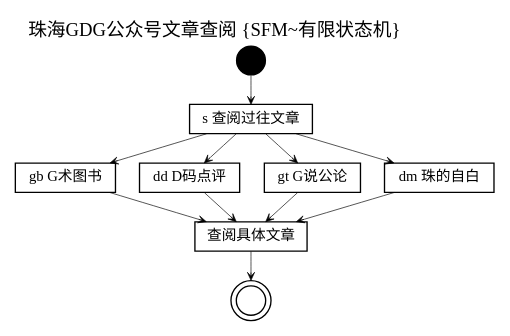
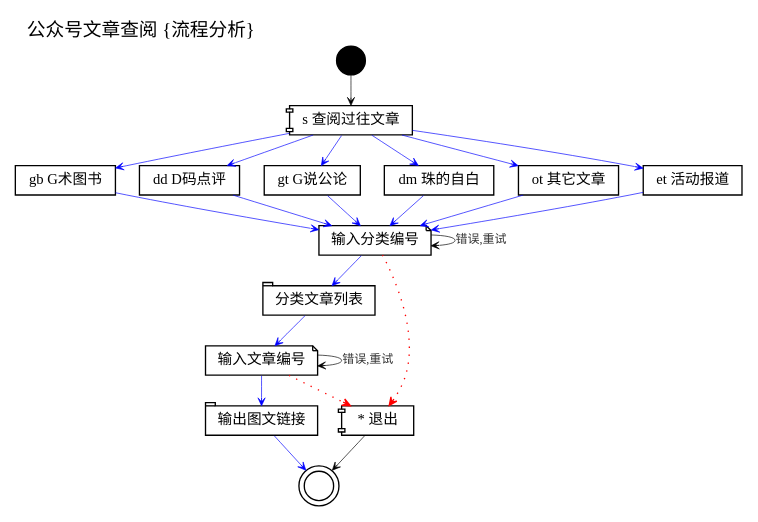
The diagram in static/map/gdg_seek_words.dot (ZHGDG/techparty), drawn with Graphviz before and after one commit. The commit also changed 10 other files, not shown here.

```diff
--- a/static/map/gdg_seek_words.dot
+++ b/static/map/gdg_seek_words.dot
@@ -1,87 +1,95 @@
     /*生成命令:
 $ dot -Tpng gdg_seek_words.dot -o gdg_seek_words.png
  -Tcmapx -o lb-crx-roles.map
 
     全局设定
     plaintext
 {{{#!GraphViz dot
     */
 
 digraph G4gdg_seek_words {
     /*全局设定*/
-    graph [label="珠海GDG公众号文章查阅 {SFM~有限状态机}"
+    graph [label="公众号文章查阅 {流程分析}"
         ,fontsize=14.0
         ,fontname="WenQuanYi Micro Hei"
         ,labeljust="l",labelloc="t",center=1
         ,ranksep=0.3,center=1,ratio=compress
         ,rankdir=TB
         ];
 
     node[fontsize=11.0,height=0.3
         ,fontname="WenQuanYi Micro Hei"
         ,shape=component 
         ];
 
     edge [fontsize=9.0,fontcolor="#333333"
         ,fontname="WenQuanYi Micro Hei"
         ,arrowsize=0.6,arrowhead=vee,arrowtail=none
         ,style="setlinewidth(0.5)"
         ];
 /*
     src [label="源码",shape=ellipse,style="filled,dashed,setlinewidth(5)"
         ,color="#333333",fillcolor=dimgray
         ,URL="http://code.google.com/p/zoomquiet/source/browse/dot/obp/csdndr1-km.dot?repo=tangle"];
     /*图元声明
     start       [label="流程开始/结束",shape=point];
     end         [label="",shape=doublecircle,fillcolor=red];
 
     box         [label="实体/对象",shape=box];
     ellipse     [label="行动/节点",shape=ellipse];
     egg         [label="用户/人物",shape=egg];
     plaintext   [label="状态/属性",shape=plaintext,fillcolor=whitesmoke];
     diamond     [label="判别",shape=diamond];
     note        [label="注释",shape=note];
     tab         [label="目录/模块",shape=tab];
     db          [label="数据库",shape=box3d];
     component   [label="主机/组件",shape=component];
   ,style="rounded,dotted"];
 */
 
     start       [label="流程开始/结束",shape=point];
     end         [label="",shape=doublecircle,fillcolor=red];
 
 
-    SEEK [label="s 查阅过往文章",shape=box];
+    SEEK [label="s 查阅过往文章",shape=component];
         GB [label="gb G术图书",shape=box];
         DD [label="dd D码点评",shape=box];
         GT [label="gt G说公论",shape=box];
         DM [label="dm 珠的自白",shape=box];
-            NO [label="查阅具体文章",shape=box];
-    
+        OT [label="ot 其它文章",shape=box];
+        ET [label="et 活动报道",shape=box];
+            TAG [label="输入分类编号",shape=note];
+            PLI [label="分类文章列表",shape=tab];
+            PID [label="输入文章编号",shape=note];
+            EXP [label="输出图文链接",shape=tab];
+    OUT [label="* 退出",shape=component];
 
     /*图例关系
     srvPUB->installer [label="2.0",style="dotted"];
     */
 
     start->SEEK;
-        SEEK->{GB DD GT DM}->NO;
-            NO->end;
+        SEEK->{GB DD GT DM OT ET}->TAG->PLI->PID->EXP->end [color=blue];
+        TAG->TAG [label="错误,重试"];
+        PID->PID [label="错误,重试"];
 
+        {TAG PID}->OUT [color=red,style="dotted"];
+        OUT->end;
 
 /*
     { rank=same; PUB    srvA srvB srvN; }
     { rank=same; DL     installer; }
     { rank=same; CHK    chker; }
     { rank=same; DONE   bkStore; }
 
     PUB[label="发布阶段",shape=plaintext];
     DL[label="下载阶段",shape=plaintext];
     CHK[label="检查阶段",shape=plaintext];
     DONE[label="完成阶段",shape=plaintext];
         PUB->DL->CHK->DONE;
 
         srvPUB->srvAC;
         srvA->srvB->srvN;
 */
     edge [style=invis];
 }
```
